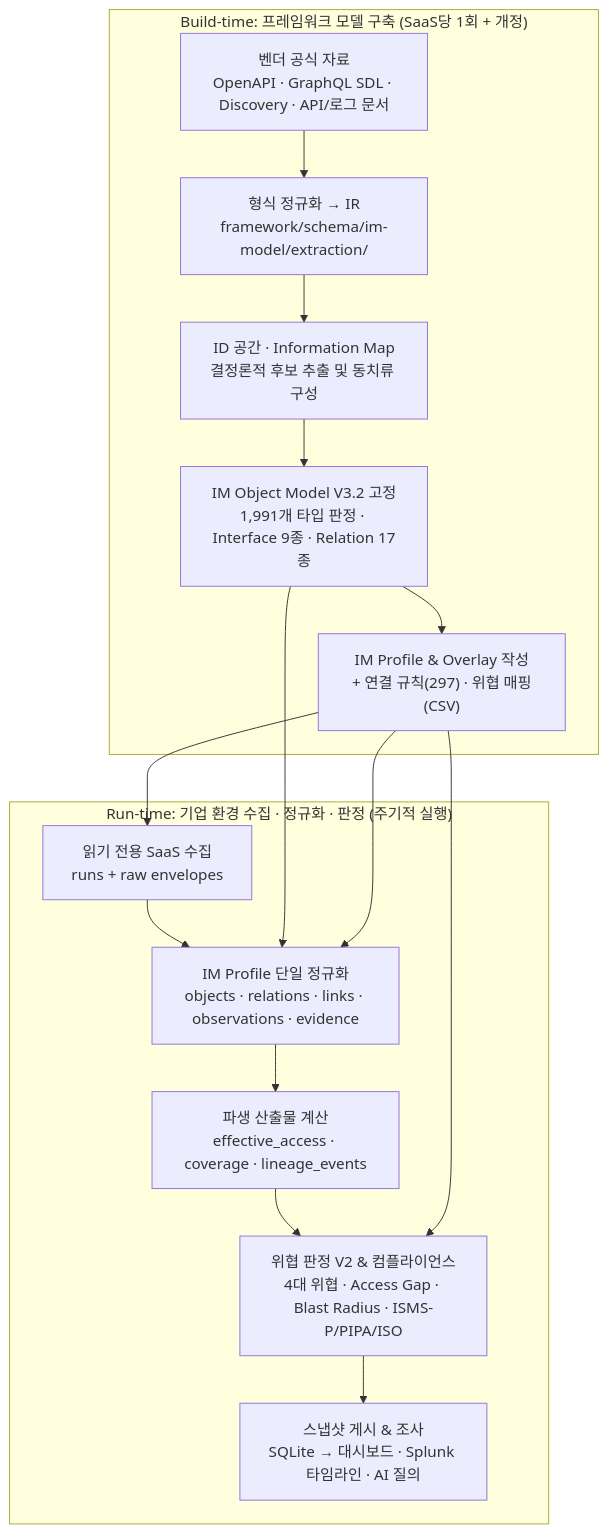
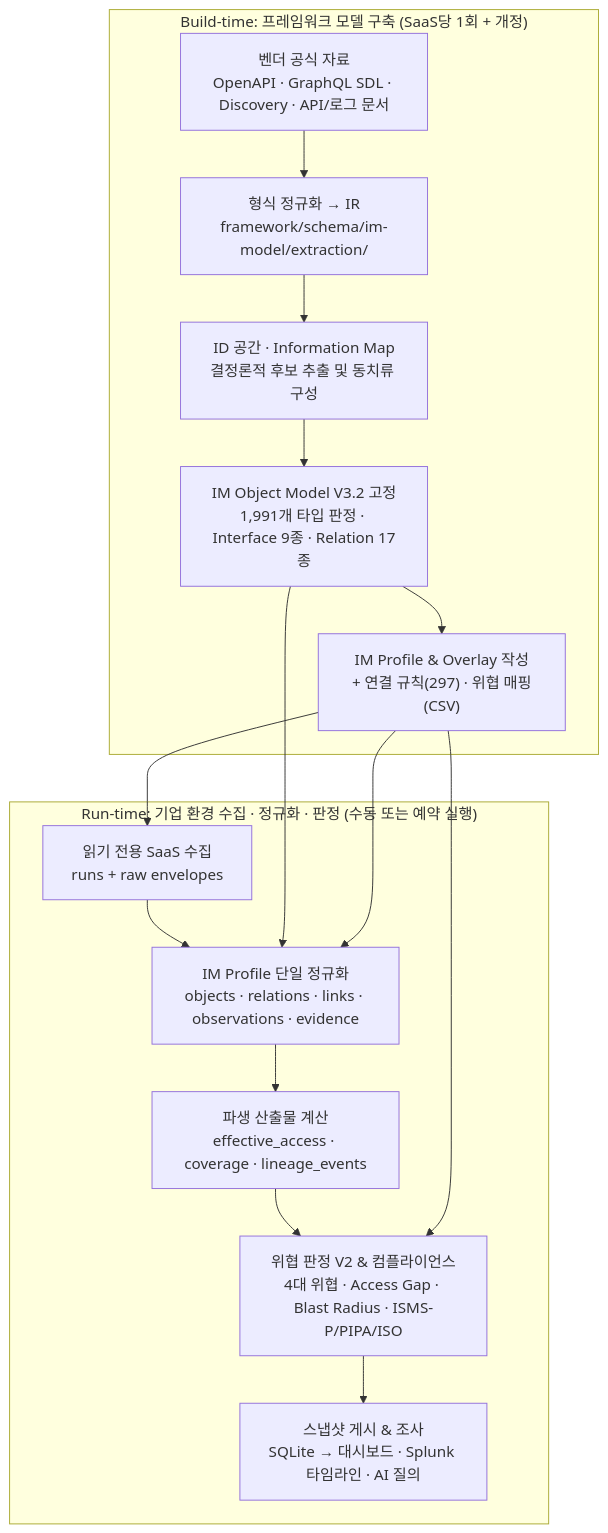
The diagram in docs/01-overview/pipeline.md (AEGI-Inc/aegi-framework), drawn with Mermaid before and after one commit. The commit also changed 4 other files, not shown here.

````diff
--- a/docs/01-overview/pipeline.md
+++ b/docs/01-overview/pipeline.md
@@ -5,25 +5,25 @@
 ```mermaid
 flowchart TB
   subgraph Build["Build-time: 프레임워크 모델 구축 (SaaS당 1회 + 개정)"]
     B1["벤더 공식 자료<br/>OpenAPI · GraphQL SDL · Discovery · API/로그 문서"]
     B2["형식 정규화 → IR<br/>framework/schema/im-model/extraction/"]
     B3["ID 공간 · Information Map<br/>결정론적 후보 추출 및 동치류 구성"]
     B4["IM Object Model V3.2 고정<br/>1,991개 타입 판정 · Interface 9종 · Relation 17종"]
     B5["IM Profile & Overlay 작성<br/>+ 연결 규칙(297) · 위협 매핑(CSV)"]
     B1 --> B2 --> B3 --> B4 --> B5
   end
 
-  subgraph Run["Run-time: 기업 환경 수집 · 정규화 · 판정 (주기적 실행)"]
+  subgraph Run["Run-time: 기업 환경 수집 · 정규화 · 판정 (수동 또는 예약 실행)"]
     R1["읽기 전용 SaaS 수집<br/>runs + raw envelopes"]
     R2["IM Profile 단일 정규화<br/>objects · relations · links · observations · evidence"]
     R3["파생 산출물 계산<br/>effective_access · coverage · lineage_events"]
     R4["위협 판정 V2 & 컴플라이언스<br/>4대 위협 · Access Gap · Blast Radius · ISMS-P/PIPA/ISO"]
     R5["스냅샷 게시 & 조사<br/>SQLite → 대시보드 · Splunk 타임라인 · AI 질의"]
     R1 --> R2 --> R3 --> R4 --> R5
   end
 
   B4 --> R2
   B5 --> R1
   B5 --> R2
   B5 --> R4
 ```
````
